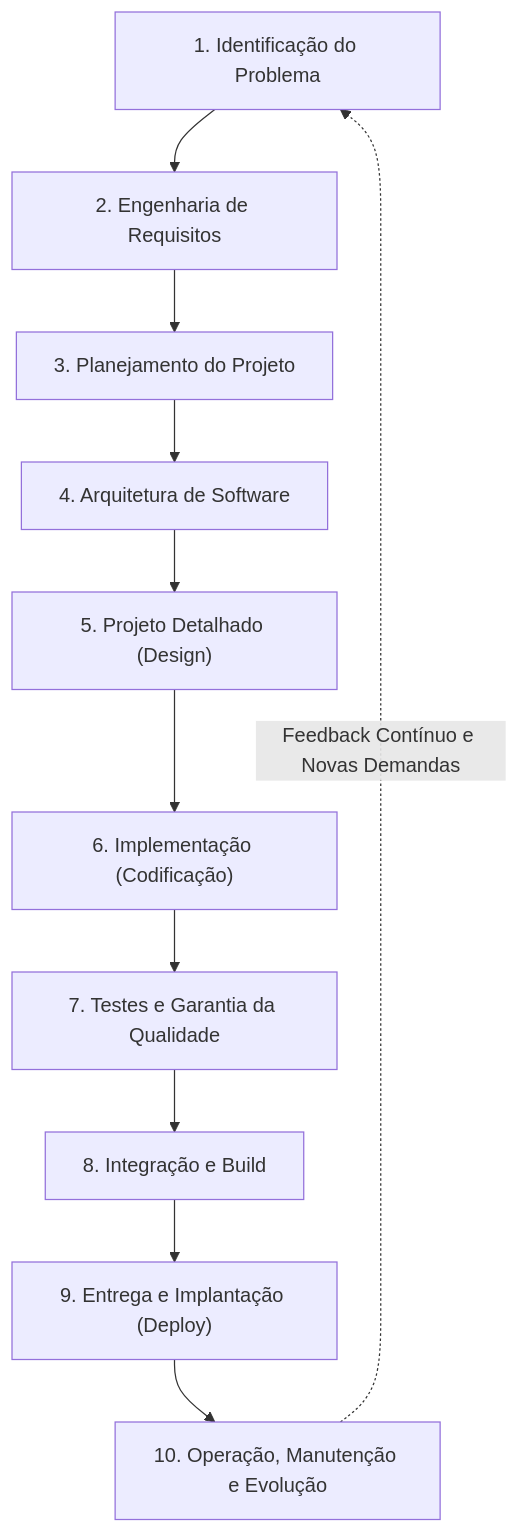
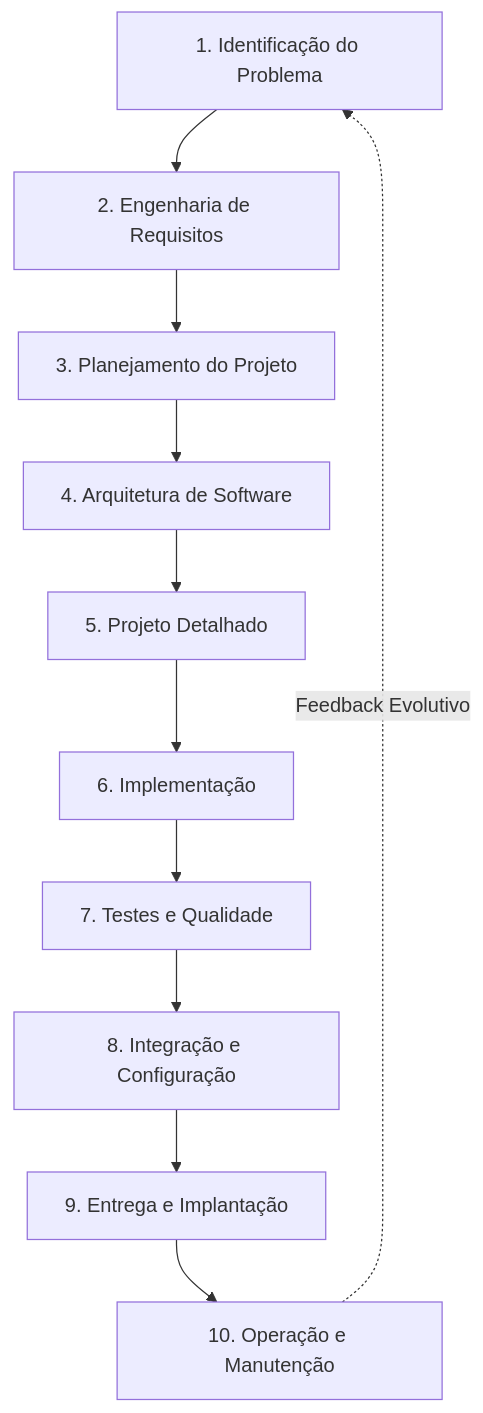
The third of 29 diagrams in 4º Semestre/[Prof. Wesley Soares] Engenharia de Software II/Resumos-IA/Simulados-Comentados.md (murilolol/unifef), drawn with Mermaid before and after one commit. The commit also changed other lines of this file and 40 other files, not shown here.

````diff
--- a/4º Semestre/[Prof. Wesley Soares] Engenharia de Software II/Resumos-IA/Simulados-Comentados.md
+++ b/4º Semestre/[Prof. Wesley Soares] Engenharia de Software II/Resumos-IA/Simulados-Comentados.md
@@ -223,13 +152,13 @@
 ```mermaid
 flowchart TD
  F1["1. Identificação do Problema"] --> F2["2. Engenharia de Requisitos"]
  F2 --> F3["3. Planejamento do Projeto"]
  F3 --> F4["4. Arquitetura de Software"]
- F4 --> F5["5. Projeto Detalhado (Design)"]
- F5 --> F6["6. Implementação (Codificação)"]
- F6 --> F7["7. Testes e Garantia da Qualidade"]
- F7 --> F8["8. Integração e Build"]
- F8 --> F9["9. Entrega e Implantação (Deploy)"]
- F9 --> F10["10. Operação, Manutenção e Evolução"]
- F10 -.->|"Feedback Contínuo e Novas Demandas"| F1
+ F4 --> F5["5. Projeto Detalhado"]
+ F5 --> F6["6. Implementação"]
+ F6 --> F7["7. Testes e Qualidade"]
+ F7 --> F8["8. Integração e Configuração"]
+ F8 --> F9["9. Entrega e Implantação"]
+ F9 --> F10["10. Operação e Manutenção"]
+ F10 -.->|"Feedback Evolutivo"| F1
 ```
````
